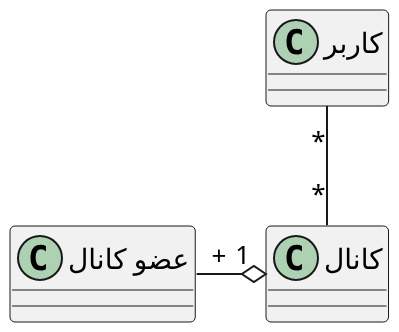
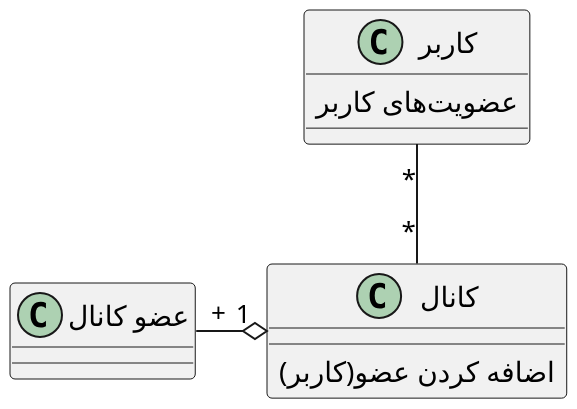
Before and after one commit to soleyman79/Qasedak: the diagram in Diagrams/Class/JoinChanel.puml, drawn with PlantUML. The commit also changed 15 other files, not shown here.

```diff
--- a/Diagrams/Class/JoinChanel.puml
+++ b/Diagrams/Class/JoinChanel.puml
@@ -1,19 +1,21 @@
 @startuml join_chanel
 
 scale 2
 skinparam DefaultFontName B Nazanin
 
 
 class "کاربر" as user {
+    عضویت‌های کاربر
 }
 
 class "کانال" as chanel {
+    (کاربر)اضافه کردن عضو
 }
 
 class "عضو کانال" as member {
 }
 
 user "*" -- "*" chanel
 chanel "1" o-left- "+" member
 
 @enduml
```
